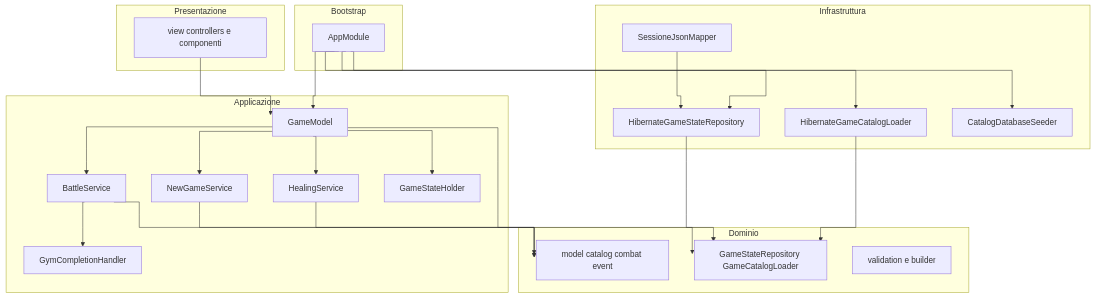
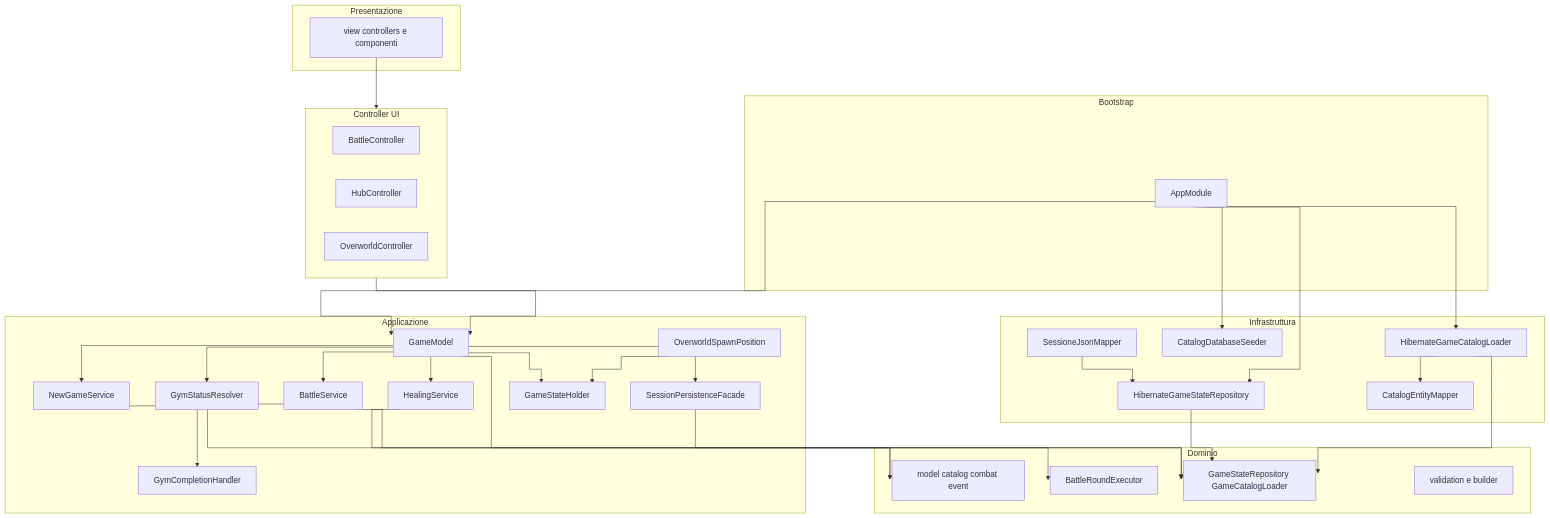
One commit to ValerioGiglio04/rpg-MPGC changed the diagram in .github/wiki-pages/Responsabilita-e-architettura.md. Above: the diagram before and after it, drawn with Mermaid. The commit also changed other lines of this file and 66 other files, not shown here.

````diff
--- a/.github/wiki-pages/Responsabilita-e-architettura.md
+++ b/.github/wiki-pages/Responsabilita-e-architettura.md
@@ -35,46 +37,62 @@
 ```mermaid
 %%{init: {'flowchart': {'curve': 'stepAfter'}}}%%
 flowchart TB
   subgraph presentation [Presentazione]
     UI[view controllers e componenti]
   end
   subgraph model.service_layer [Applicazione]
     GS[GameModel]
+    SPF[SessionPersistenceFacade]
+    GSR[GymStatusResolver]
     BS[BattleService]
     NG[NewGameService]
     HS[HealingService]
     GCH[GymCompletionHandler]
     GSH[GameStateHolder]
+    OSP[OverworldSpawnPosition]
   end
   subgraph model_layer [Dominio]
     Models[model catalog combat event]
+    BRE[BattleRoundExecutor]
     Ports[GameStateRepository GameCatalogLoader]
     Valid[validation e builder]
   end
   subgraph infrastructure [Infrastruttura]
     JRepo[HibernateGameStateRepository]
     HCat[HibernateGameCatalogLoader]
+    CEM[CatalogEntityMapper]
     Seed[CatalogDatabaseSeeder]
     Mapper[SessioneJsonMapper]
   end
   subgraph bootstrap [Bootstrap]
     AM[AppModule]
   end
-  UI --> GS
+  subgraph controllers [Controller UI]
+    BP[BattleController]
+    HP[HubController]
+    OP[OverworldController]
+  end
+  UI --> controllers
+  controllers --> GS
+  GS --> SPF
+  GS --> GSR
   GS --> BS
   GS --> NG
   GS --> HS
   GS --> GSH
   GS --> Ports
-  BS --> Models
+  SPF --> Ports
+  BS --> BRE
   BS --> GCH
   NG --> Models
   HS --> Models
+  OSP --> GSH
   JRepo --> Ports
   HCat --> Ports
+  HCat --> CEM
   Mapper --> JRepo
   AM --> JRepo
   AM --> HCat
   AM --> Seed
   AM --> GS
 ```
````
